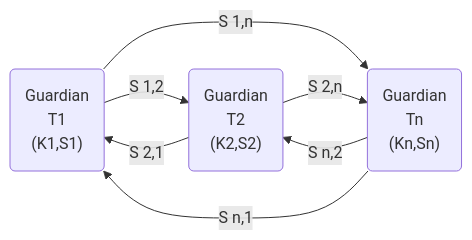
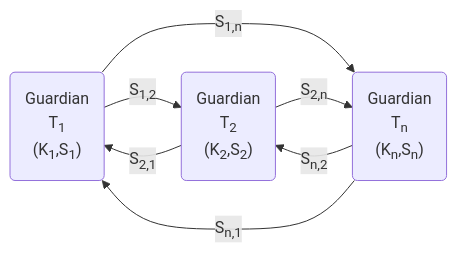
The second of 5 diagrams in docs/concepts/Structure_and_Processes.md (Election-Tech-Initiative/electionguard), drawn with Mermaid before and after one commit. The commit also changed other lines of this file and 1 other file, not shown here.

````diff
--- a/docs/concepts/Structure_and_Processes.md
+++ b/docs/concepts/Structure_and_Processes.md
@@ -35,9 +33,9 @@
 ```mermaid
     graph LR
-    A("Guardian <br /> T1<br />(K1,S1)")-->|S 1,2|B("Guardian <br /> T2<br />(K2,S2)");
-    B-->|S 2,1|A;
-    A-->|S 1,n|C("Guardian <br /> Tn<br />(Kn,Sn)");
-    B-->|S 2,n|C;
-    C-->|S n,2|B;
-    C-->|S n,1|A;
+    A("Guardian <br /> T<sub>1</sub><br />(K<sub>1</sub>,S<sub>1</sub>)")-->|S<sub>1,2</sub>|B("Guardian <br /> T<sub>2</sub><br />(K<sub>2</sub>,S<sub>2</sub>)");
+    B-->|S<sub>2,1</sub>|A;
+    A-->|S<sub>1,n</sub>|C("Guardian <br /> T<sub>n</sub><br />(K<sub>n</sub>,S<sub>n</sub>)");
+    B-->|S<sub>2,n</sub>|C;
+    C-->|S<sub>n,2</sub>|B;
+    C-->|S<sub>n,1</sub>|A;
 ```
````
